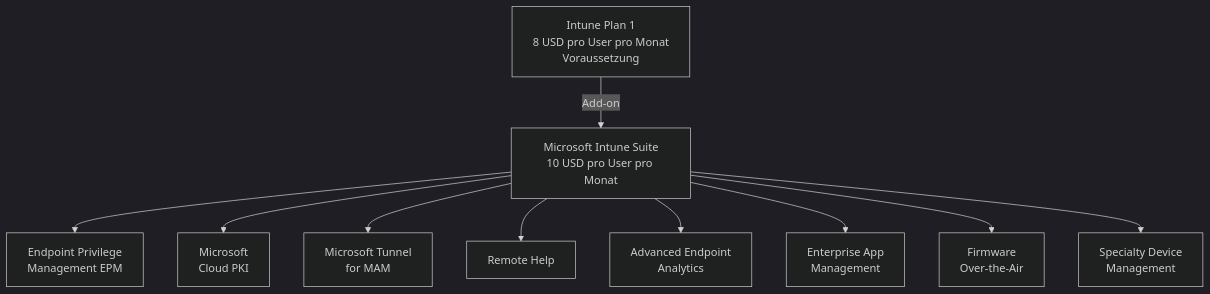
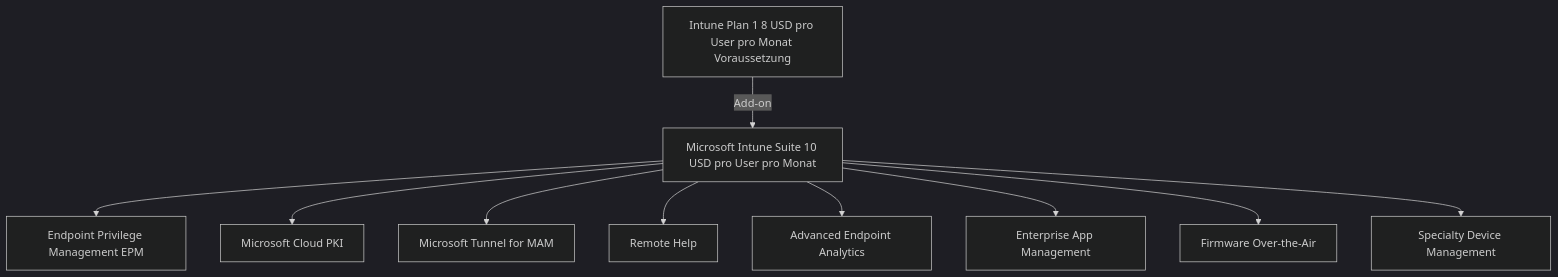
One commit to SoniiiT/notes-n-docs changed the first of 4 diagrams in Microsoft 365/Intune Suite/Microsoft Intune Suite Überblick.md. Above: the diagram before and after it, drawn with Mermaid (dark theme). The commit also changed other lines of this file and 124 other files, not shown here.

First line of the commit message:
fix: Entferne \n aus allen Mermaid-Diagrammen (125 Dateien)

````diff
--- a/Microsoft 365/Intune Suite/Microsoft Intune Suite Überblick.md
+++ b/Microsoft 365/Intune Suite/Microsoft Intune Suite Überblick.md
@@ -28,13 +28,13 @@
 ```mermaid
 graph TD
-    SUITE[Microsoft Intune Suite\n10 USD pro User pro Monat] --> EPM[Endpoint Privilege\nManagement EPM]
-    SUITE --> CPKI[Microsoft\nCloud PKI]
-    SUITE --> TUNNEL[Microsoft Tunnel\nfor MAM]
+    SUITE[Microsoft Intune Suite 10 USD pro User pro Monat] --> EPM[Endpoint Privilege Management EPM]
+    SUITE --> CPKI[Microsoft Cloud PKI]
+    SUITE --> TUNNEL[Microsoft Tunnel for MAM]
     SUITE --> REMHELP[Remote Help]
-    SUITE --> ANALYTICS[Advanced Endpoint\nAnalytics]
-    SUITE --> EAM[Enterprise App\nManagement]
-    SUITE --> FIRMWARE[Firmware\nOver-the-Air]
-    SUITE --> SPECIALTY[Specialty Device\nManagement]
+    SUITE --> ANALYTICS[Advanced Endpoint Analytics]
+    SUITE --> EAM[Enterprise App Management]
+    SUITE --> FIRMWARE[Firmware Over-the-Air]
+    SUITE --> SPECIALTY[Specialty Device Management]
     
-    BASE[Intune Plan 1\n8 USD pro User pro Monat\nVoraussetzung] -->|Add-on| SUITE
+    BASE[Intune Plan 1 8 USD pro User pro Monat Voraussetzung] -->|Add-on| SUITE
 ```
````
